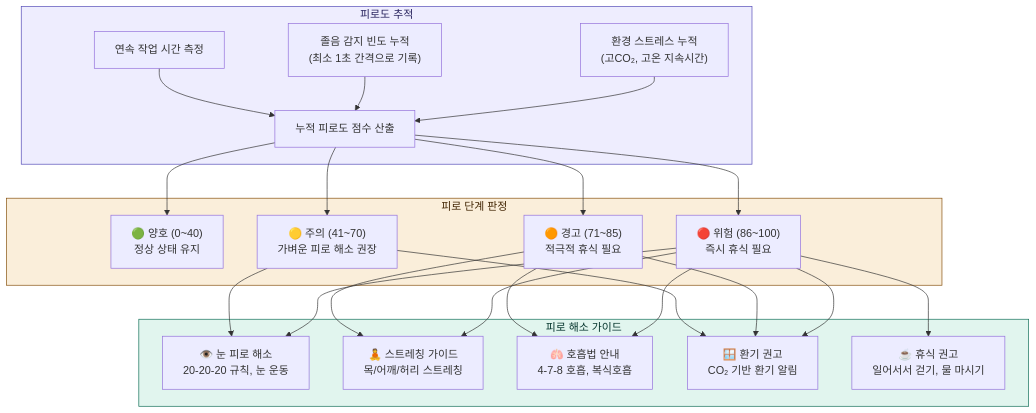
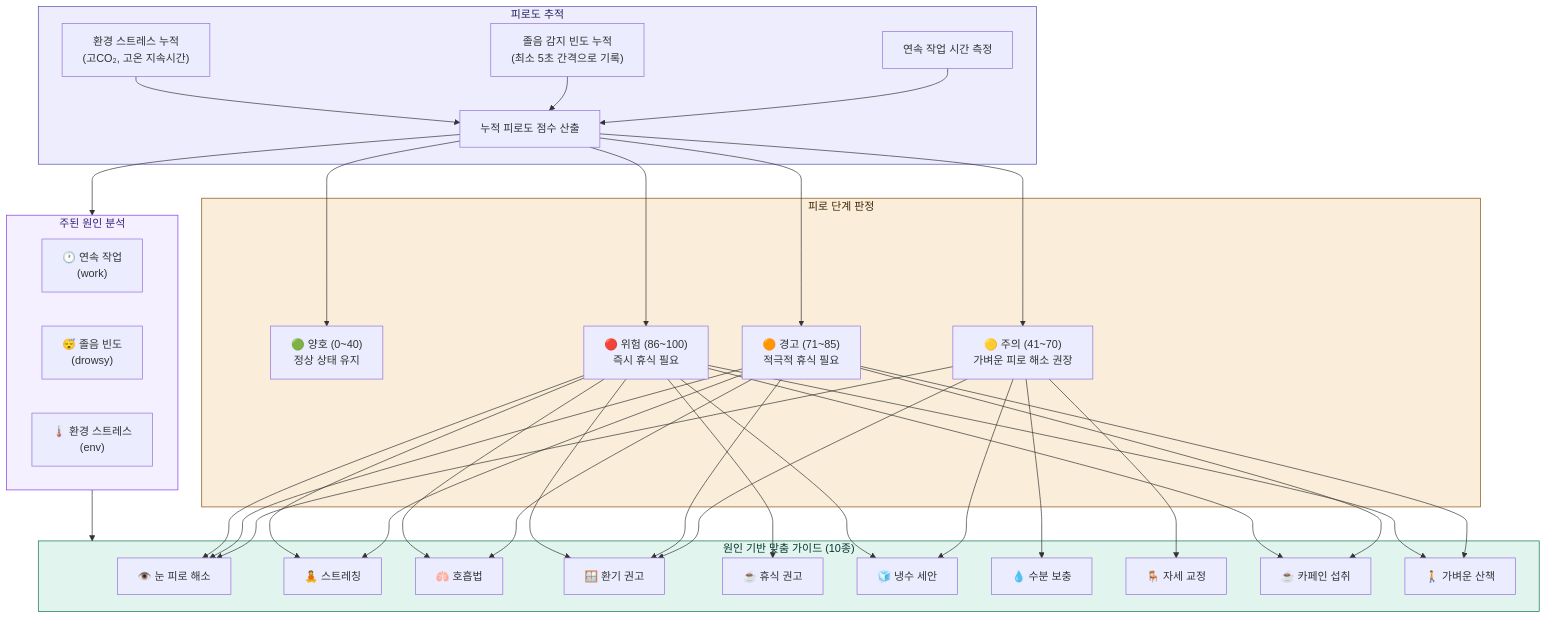
The sixth of 11 diagrams in project.md (pgh165/capstone), drawn with Mermaid before and after one commit. The commit also changed other lines of this file and 6 other files, not shown here.

````diff
--- a/project.md
+++ b/project.md
@@ -400,47 +400,71 @@
 ```mermaid
 flowchart TD
     subgraph TRACK["피로도 추적"]
         T1["연속 작업 시간 측정"]
-        T2["졸음 감지 빈도 누적<br/>(최소 1초 간격으로 기록)"]
+        T2["졸음 감지 빈도 누적<br/>(최소 5초 간격으로 기록)"]
         T3["환경 스트레스 누적<br/>(고CO₂, 고온 지속시간)"]
         T4["누적 피로도 점수 산출"]
         T1 --> T4
         T2 --> T4
         T3 --> T4
+    end
+
+    subgraph CAUSE["주된 원인 분석"]
+        C1["🕐 연속 작업<br/>(work)"]
+        C2["😴 졸음 빈도<br/>(drowsy)"]
+        C3["🌡️ 환경 스트레스<br/>(env)"]
     end
 
     subgraph LEVEL["피로 단계 판정"]
         L1["🟢 양호 (0~40)<br/>정상 상태 유지"]
         L2["🟡 주의 (41~70)<br/>가벼운 피로 해소 권장"]
         L3["🟠 경고 (71~85)<br/>적극적 휴식 필요"]
         L4["🔴 위험 (86~100)<br/>즉시 휴식 필요"]
     end
 
-    subgraph GUIDE["피로 해소 가이드"]
-        G1["👁️ 눈 피로 해소<br/>20-20-20 규칙, 눈 운동"]
-        G2["🧘 스트레칭 가이드<br/>목/어깨/허리 스트레칭"]
-        G3["🫁 호흡법 안내<br/>4-7-8 호흡, 복식호흡"]
-        G4["🪟 환기 권고<br/>CO₂ 기반 환기 알림"]
-        G5["☕ 휴식 권고<br/>일어서서 걷기, 물 마시기"]
+    subgraph GUIDE["원인 기반 맞춤 가이드 (10종)"]
+        G1["👁️ 눈 피로 해소"]
+        G2["🧘 스트레칭"]
+        G3["🫁 호흡법"]
+        G4["🪟 환기 권고"]
+        G5["☕ 휴식 권고"]
+        G6["🧊 냉수 세안"]
+        G7["💧 수분 보충"]
+        G8["🪑 자세 교정"]
+        G9["☕ 카페인 섭취"]
+        G10["🚶 가벼운 산책"]
     end
 
+    T4 --> CAUSE
     T4 --> L1
     T4 --> L2
     T4 --> L3
     T4 --> L4
 
+    CAUSE --> GUIDE
+
     L2 --> G1
+    L2 --> G8
+    L2 --> G7
+    L2 --> G6
     L2 --> G4
     L3 --> G2
+    L3 --> G1
+    L3 --> G10
     L3 --> G3
+    L3 --> G9
     L3 --> G4
     L4 --> G5
     L4 --> G2
+    L4 --> G1
+    L4 --> G10
+    L4 --> G6
+    L4 --> G9
     L4 --> G3
     L4 --> G4
-    L4 --> G1
 
     style TRACK fill:#EEEDFE,stroke:#534AB7,color:#26215C
+    style CAUSE fill:#F5F0FF,stroke:#7C3AED,color:#3B1F7A
     style LEVEL fill:#FAEEDA,stroke:#854F0B,color:#412402
     style GUIDE fill:#E1F5EE,stroke:#0F6E56,color:#04342C
 ```
````
